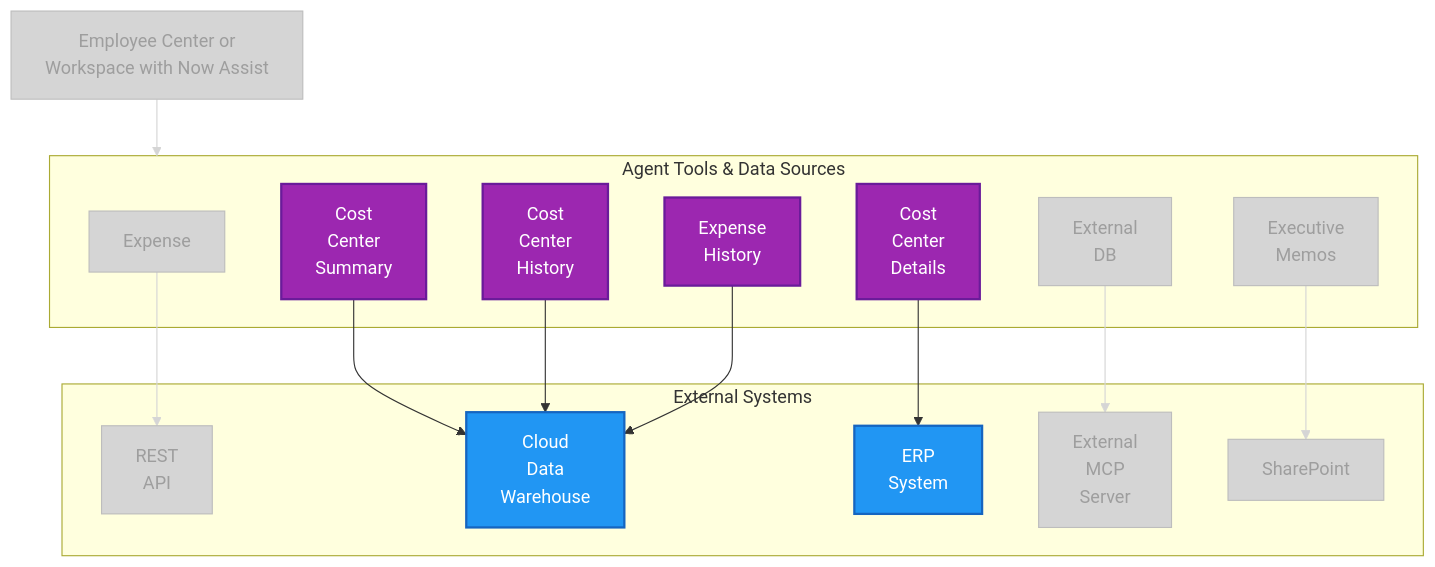
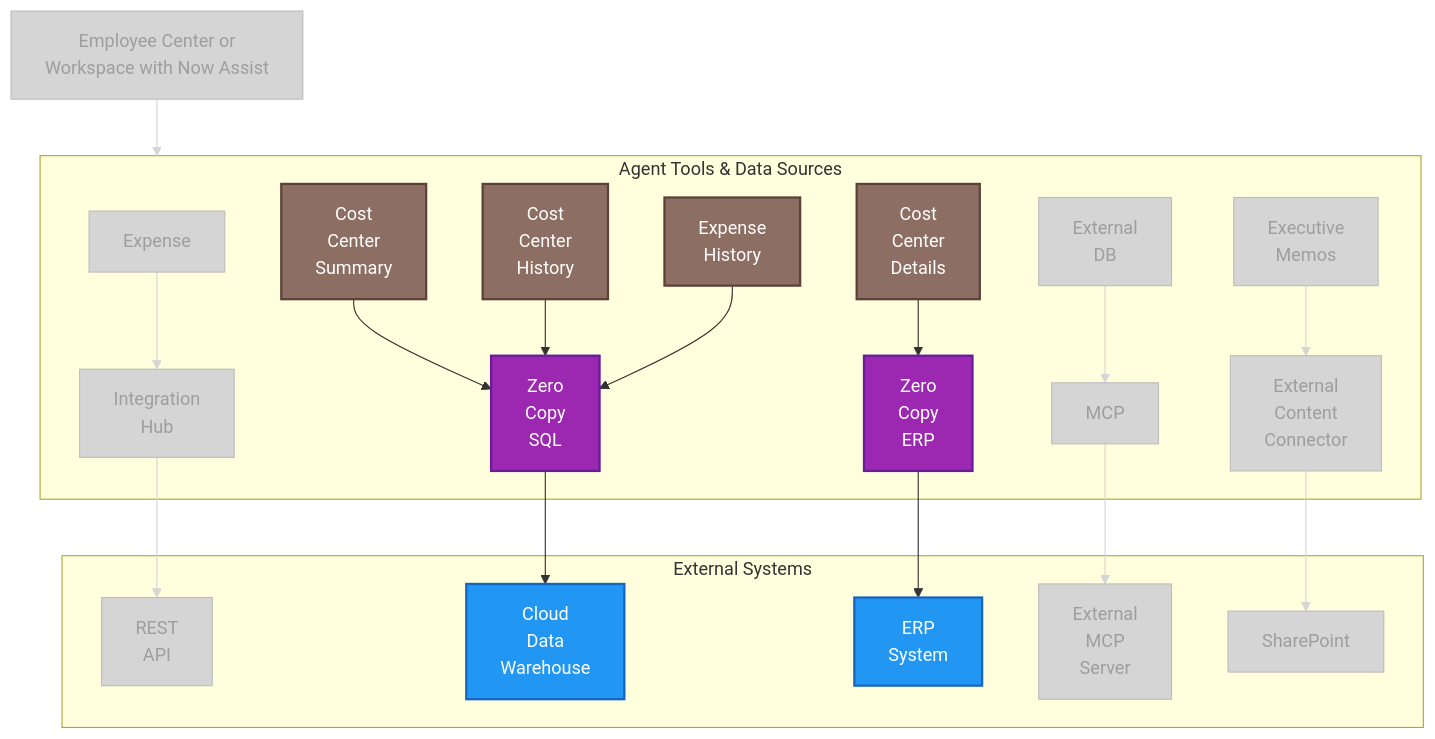
Before and after one commit to leojacinto/WorkflowDataFabric-TypeB: the diagram in other-diagrams/outcome-agent-flow-zero-copy.md, drawn with Mermaid. The commit also changed other lines of this file and 19 other files, not shown here.

Commit message:
Add 3-layer structure with brown Data nodes, purple WDF tools, fix typo, update legends (skip Doc Intelligence)

````diff
--- a/other-diagrams/outcome-agent-flow-zero-copy.md
+++ b/other-diagrams/outcome-agent-flow-zero-copy.md
@@ -6,51 +6,62 @@
 ```mermaid
 graph TD
 
     EC[Employee Center or<br/>Workspace with Now Assist]
   
     subgraph TOOLS["Agent Tools & Data Sources"]
-        T1["Expense<br/>"]
+        T1["Expense"]
         T2["Cost<br/>Center<br/>Details"]
         T3["Cost<br/>Center<br/>Summary"]        
         T4["Cost<br/>Center<br/>History"]
         T5["Expense<br/>History"]
         T6["External<br/>DB"]
         T7["Executive<br/>Memos"]
+        S1["Integration<br>Hub"]
+        S2["Zero<br/>Copy<br/>ERP"]
+        S3["Zero<br/>Copy<br/>SQL"]        
+        S6["MCP"]
+        S7["External<br/>Content<br/>Connector"]
     end
 
     subgraph EXT["External Systems"]
         API["REST<br/>API"]
         CDW["Cloud<br/>Data<br/>Warehouse"]
         ERP["ERP<br>System"]
         MCP_EXT["External<br/>MCP<br/>Server"]
         SharePoint["SharePoint"]
     end
     
     EC --> TOOLS
-    T1 --> API
-    T2 --> ERP
-    T3 --> CDW
-    T4 --> CDW
-    T5 --> CDW
-    T6 --> MCP_EXT
-    T7 --> SharePoint
+    T1 --> S1 --> API
+    T2 --> S2 --> ERP
+    T3 --> S3 --> CDW
+    T4 --> S3 
+    T5 --> S3 
+    T6 --> S6 --> MCP_EXT
+    T7 --> S7 --> SharePoint
 
     %% Styling
     classDef external fill:#2196F3,stroke:#1565C0,stroke-width:2px,color:#fff
     classDef wdf fill:#9C27B0,stroke:#6A1B9A,stroke-width:2px,color:#fff
+    classDef data fill:#8D6E63,stroke:#5D4037,stroke-width:2px,color:#fff
     classDef greyed fill:#D5D5D5,stroke:#BDBDBD,stroke-width:1px,color:#9E9E9E
 
-    %% Highlight Zero Copy nodes
-    class T2,T3,T4,T5 wdf
+    %% Highlight Zero Copy paths
+    class T2,T3,T4,T5 data
+    class S2,S3 wdf
     class CDW,ERP external
 
     %% Grey out everything else
     class EC,T1,T6,T7 greyed
+    class S1,S6,S7 greyed
     class API,MCP_EXT,SharePoint greyed
 
-    %% Grey out non-highlighted edges (0:EC→TOOLS, 1:T1→API, 6:T6→MCP_EXT, 7:T7→SharePoint)
+    %% Grey out non-highlighted edges (keep 3:T2→S2, 4:S2→ERP, 5:T3→S3, 6:S3→CDW, 7:T4→S3, 8:T5→S3)
     linkStyle 0 stroke:#D5D5D5,stroke-width:1px
     linkStyle 1 stroke:#D5D5D5,stroke-width:1px
-    linkStyle 6 stroke:#D5D5D5,stroke-width:1px
-    linkStyle 7 stroke:#D5D5D5,stroke-width:1px
+    linkStyle 2 stroke:#D5D5D5,stroke-width:1px
+    linkStyle 9 stroke:#D5D5D5,stroke-width:1px
+    linkStyle 10 stroke:#D5D5D5,stroke-width:1px
+    linkStyle 11 stroke:#D5D5D5,stroke-width:1px
+    linkStyle 12 stroke:#D5D5D5,stroke-width:1px
 ```
````
